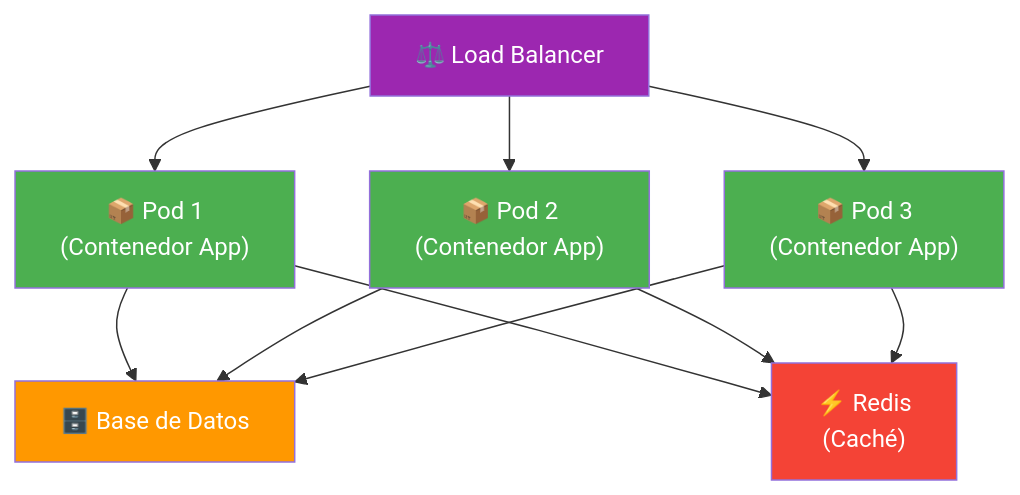
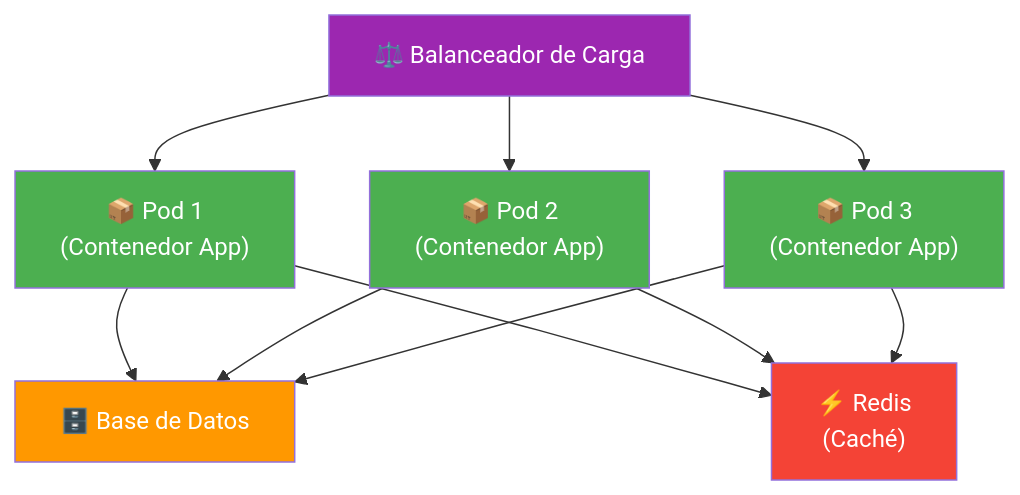
One commit to joseluisgs/DesarrolloWebEntornosServidor-01-2026-2027 changed the fifth of 7 diagrams in 09-despliegue.md. Above: the diagram before and after it, drawn with Mermaid. The commit also changed other lines of this file and 77 other files, not shown here.

````diff
--- a/09-despliegue.md
+++ b/09-despliegue.md
@@ -280,19 +280,19 @@
 ```mermaid
 graph TD
-    LB["⚖️ Load Balancer"] --> P1["📦 Pod 1<br/>(Contenedor App)"]
+    LB["⚖️ Balanceador de Carga"] --> P1["📦 Pod 1<br/>(Contenedor App)"]
     LB --> P2["📦 Pod 2<br/>(Contenedor App)"]
     LB --> P3["📦 Pod 3<br/>(Contenedor App)"]
     P1 --> DB["🗄️ Base de Datos"]
     P2 --> DB
     P3 --> DB
     P1 --> C["⚡ Redis<br/>(Caché)"]
     P2 --> C
     P3 --> C
 
     style LB fill:#9C27B0,color:#fff
     style P1 fill:#4CAF50,color:#fff
     style P2 fill:#4CAF50,color:#fff
     style P3 fill:#4CAF50,color:#fff
     style DB fill:#FF9800,color:#fff
     style C fill:#f44336,color:#fff
 ```
````
